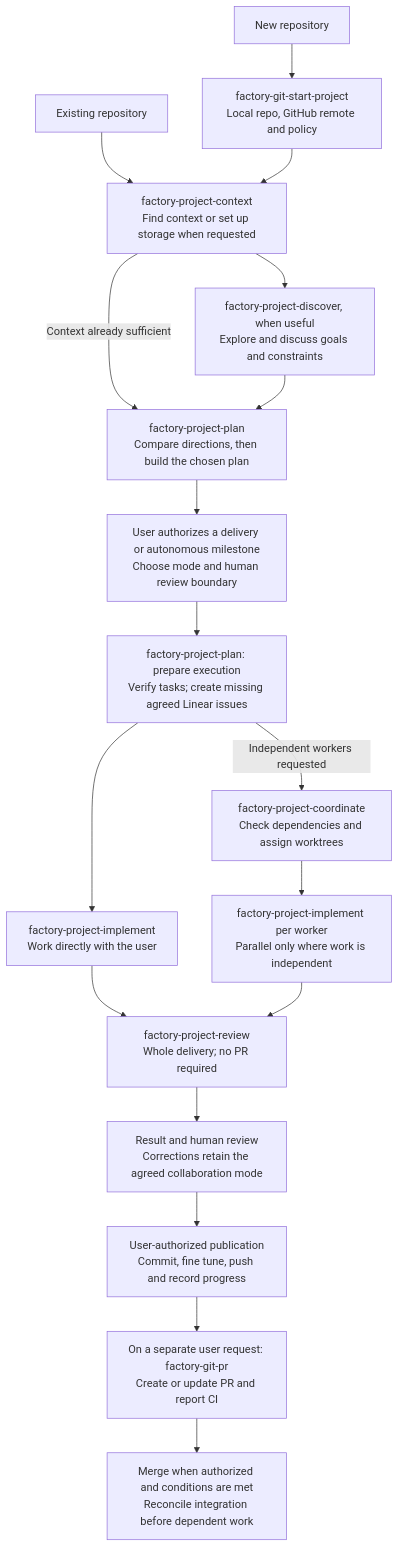
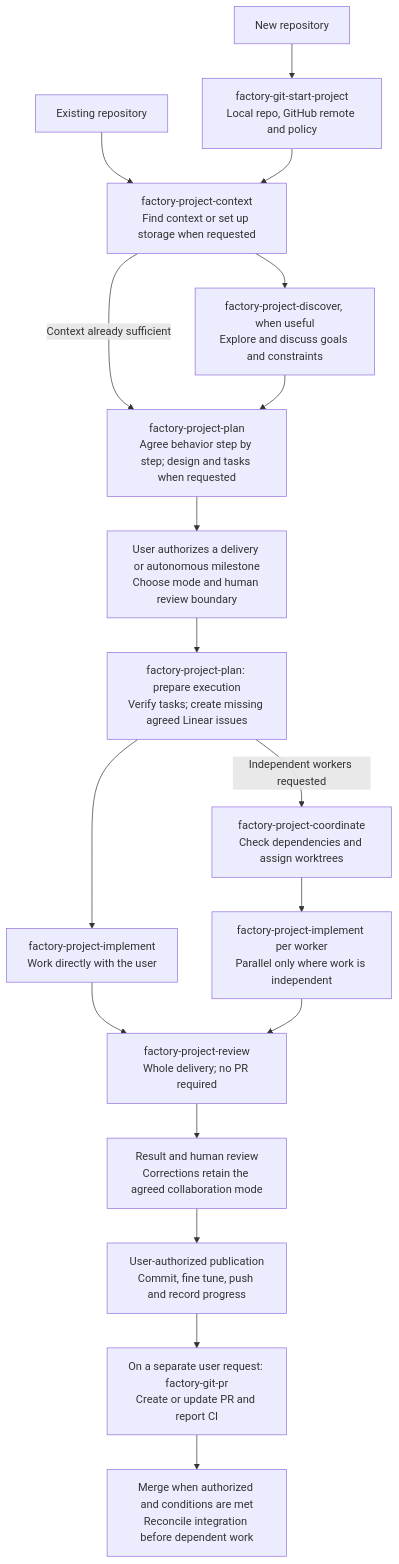
Before and after one commit to nachfq/factoryfq: the first of 2 diagrams in docs/workflow.md, drawn with Mermaid. The commit also changed other lines of this file and 8 other files, not shown here.

````diff
--- a/docs/workflow.md
+++ b/docs/workflow.md
@@ -15,20 +15,20 @@
 ```mermaid
 flowchart TD
     New["New repository"] --> Setup["factory-git-start-project<br/>Local repo, GitHub remote and policy"]
     Existing["Existing repository"] --> Context
     Setup --> Context["factory-project-context<br/>Find context or set up storage when requested"]
     Context --> Discover["factory-project-discover, when useful<br/>Explore and discuss goals and constraints"]
     Context -->|"Context already sufficient"| Plan
-    Discover --> Plan["factory-project-plan<br/>Compare directions, then build the chosen plan"]
+    Discover --> Plan["factory-project-plan<br/>Agree behavior step by step; design and tasks when requested"]
     Plan --> Scope["User authorizes a delivery or autonomous milestone<br/>Choose mode and human review boundary"]
     Scope --> Prepare["factory-project-plan: prepare execution<br/>Verify tasks; create missing agreed Linear issues"]
     Prepare --> Direct["factory-project-implement<br/>Work directly with the user"]
     Prepare -->|"Independent workers requested"| Coordinate["factory-project-coordinate<br/>Check dependencies and assign worktrees"]
     Coordinate --> Workers["factory-project-implement per worker<br/>Parallel only where work is independent"]
     Direct --> Review["factory-project-review<br/>Whole delivery; no PR required"]
     Workers --> Review
     Review --> Handoff["Result and human review<br/>Corrections retain the agreed collaboration mode"]
     Handoff --> Publish["User-authorized publication<br/>Commit, fine tune, push and record progress"]
     Publish --> PR["On a separate user request: factory-git-pr<br/>Create or update PR and report CI"]
     PR --> Merge["Merge when authorized and conditions are met<br/>Reconcile integration before dependent work"]
 ```
````
